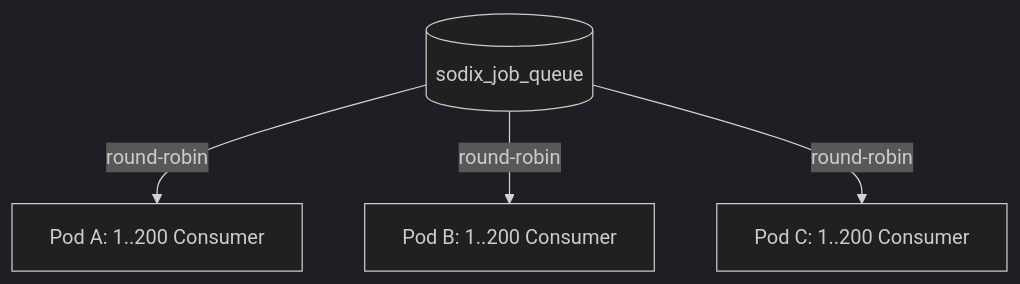
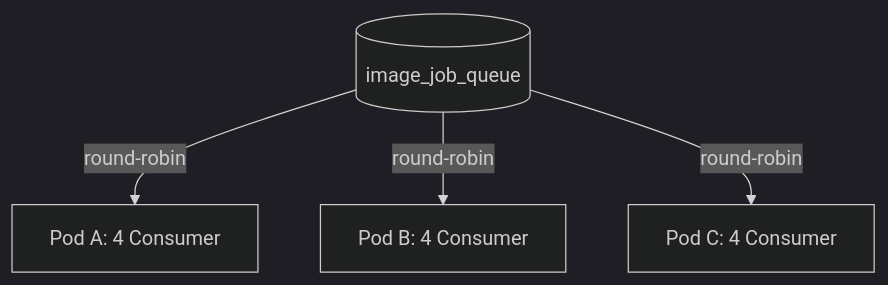
One commit to edu-sharing/edu-sharing-community-services-rendering2 changed the second of 2 diagrams in docs/QUEUE_SCALING.md. Above: the diagram before and after it, drawn with Mermaid (dark theme). The commit also changed other lines of this file and 21 other files, not shown here.

````diff
--- a/docs/QUEUE_SCALING.md
+++ b/docs/QUEUE_SCALING.md
@@ -133,7 +141,7 @@
 ```mermaid
 flowchart TB
-    Q[("sodix_job_queue")]
-    Q -->|round-robin| A["Pod A: 1..200 Consumer"]
-    Q -->|round-robin| B["Pod B: 1..200 Consumer"]
-    Q -->|round-robin| C["Pod C: 1..200 Consumer"]
+    Q[("image_job_queue")]
+    Q -->|round-robin| A["Pod A: 4 Consumer"]
+    Q -->|round-robin| B["Pod B: 4 Consumer"]
+    Q -->|round-robin| C["Pod C: 4 Consumer"]
 ```
````
